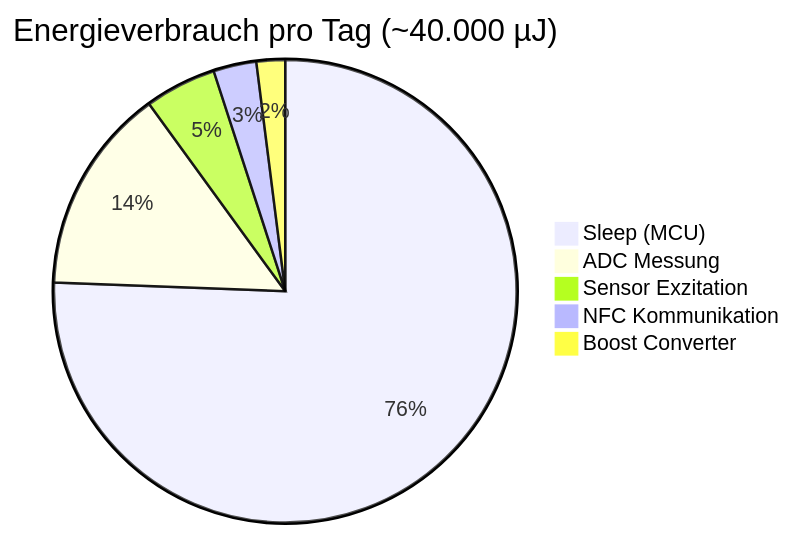
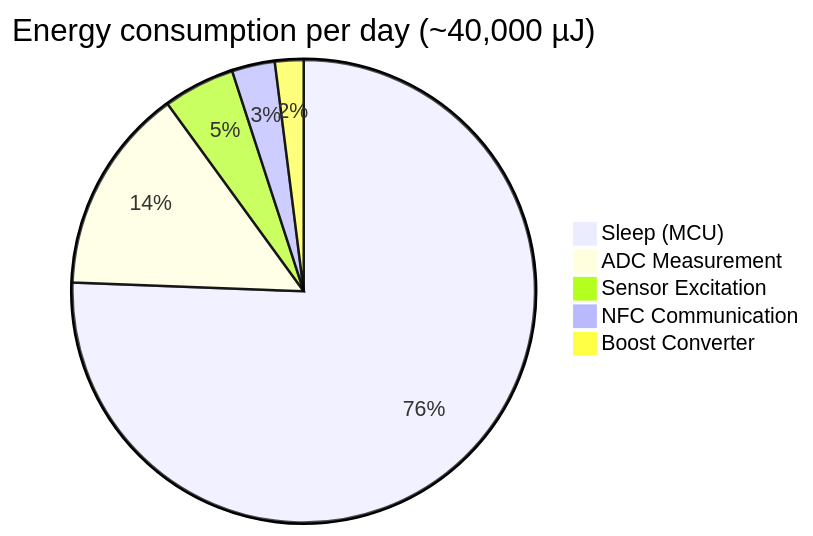
One commit to tobias-weiss-ai-xr/mykovolt changed the fourth of 8 diagrams in README.md. Above: the diagram before and after it, drawn with Mermaid. The commit also changed other lines of this file and 1 other file, not shown here.

````diff
--- a/README.md
+++ b/README.md
@@ -211,8 +211,8 @@
 ```mermaid
-pie title Energieverbrauch pro Tag (~40.000 µJ)
+pie title Energy consumption per day (~40,000 µJ)
     "Sleep (MCU)" : 75.6
-    "ADC Messung" : 14.4
-    "Sensor Exzitation" : 5.0
-    "NFC Kommunikation" : 3.0
+    "ADC Measurement" : 14.4
+    "Sensor Excitation" : 5.0
+    "NFC Communication" : 3.0
     "Boost Converter" : 2.0
 ```
````
